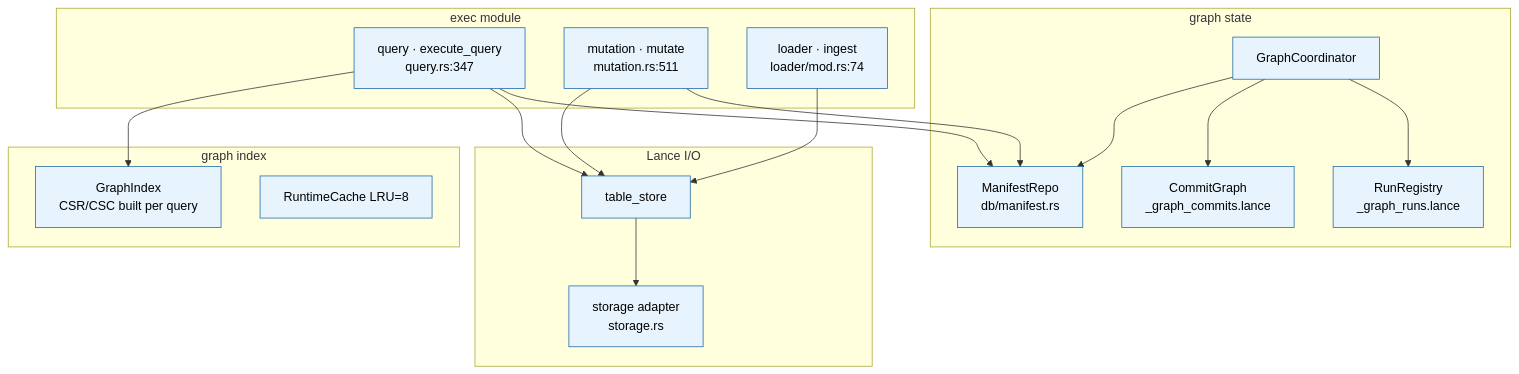
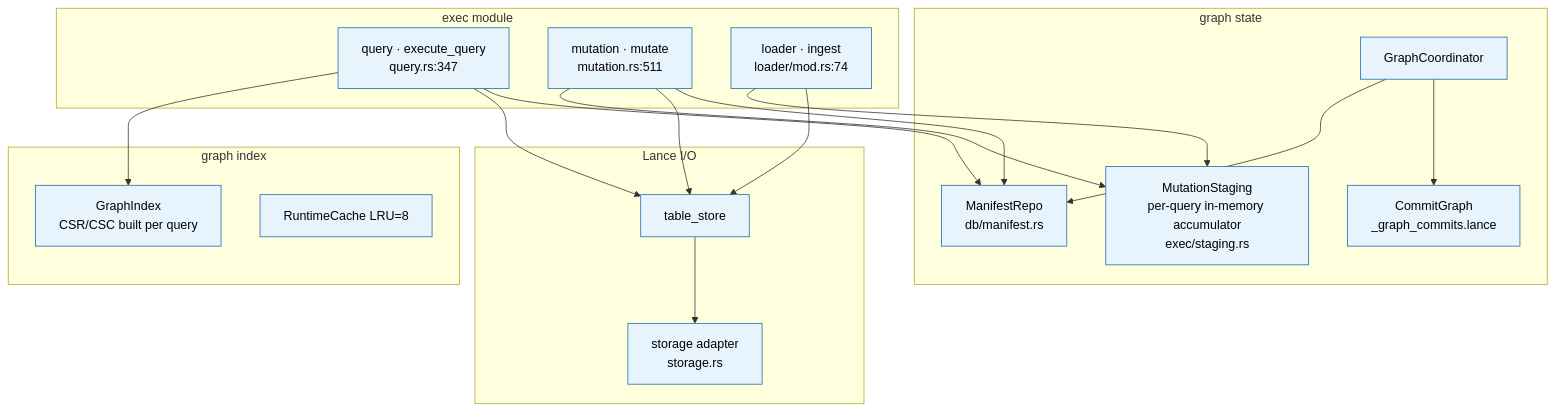
One commit to ModernRelay/omnigraph changed the fourth of 7 diagrams in docs/architecture.md. Above: the diagram before and after it, drawn with Mermaid. The commit also changed other lines of this file and 13 other files, not shown here.

First line of the commit message:
MR-794 step 2: docs — runs/invariants/architecture/execution + cleanup

````diff
--- a/docs/architecture.md
+++ b/docs/architecture.md
@@ -123,38 +123,39 @@
 ```mermaid
 flowchart TB
     classDef l2 fill:#e8f4fd,stroke:#1e6aa8,color:#000
 
     subgraph exec[exec module]
         eq[query · execute_query<br/>query.rs:347]:::l2
         em[mutation · mutate<br/>mutation.rs:511]:::l2
         ld[loader · ingest<br/>loader/mod.rs:74]:::l2
     end
 
     subgraph state[graph state]
         coord[GraphCoordinator]:::l2
         mr[ManifestRepo<br/>db/manifest.rs]:::l2
         cg[CommitGraph<br/>_graph_commits.lance]:::l2
-        rr[RunRegistry<br/>_graph_runs.lance]:::l2
+        stg[MutationStaging<br/>per-query in-memory accumulator<br/>exec/staging.rs]:::l2
     end
 
     subgraph idx[graph index]
         gi[GraphIndex<br/>CSR/CSC built per query]:::l2
         rc[RuntimeCache LRU=8]:::l2
     end
 
     subgraph io[Lance I/O]
         ts[table_store]:::l2
         st[storage adapter<br/>storage.rs]:::l2
     end
 
     eq --> gi
     eq --> ts
+    em --> stg
     em --> ts
+    ld --> stg
     ld --> ts
     eq --> mr
     em --> mr
     coord --> mr
     coord --> cg
-    coord --> rr
     ts --> st
 ```
````
